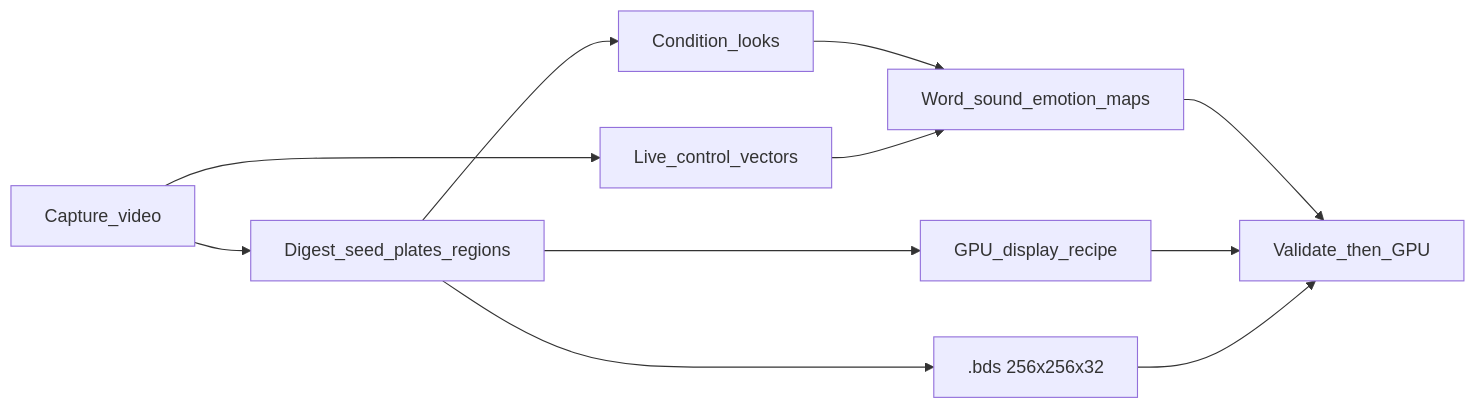
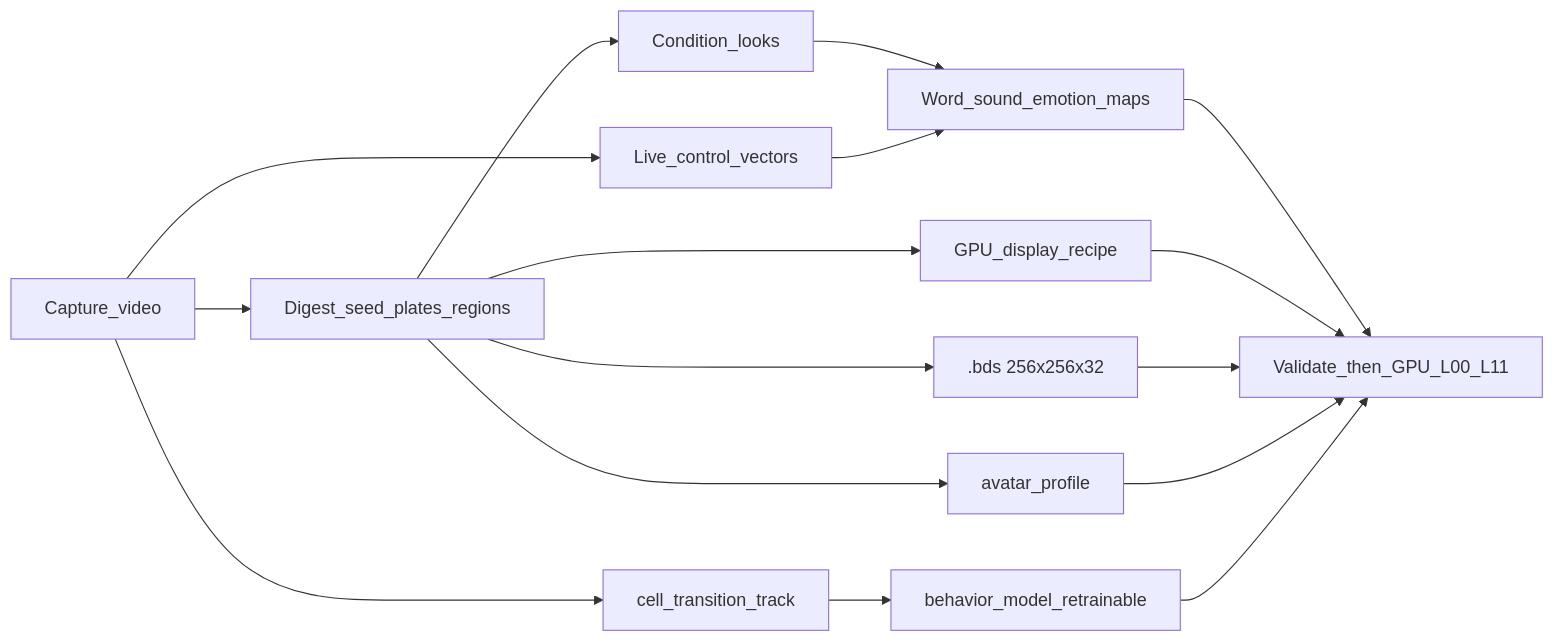
The diagram in docs/AMIN_DESIGN.md (insightitsGit/ChorusFace), drawn with Mermaid before and after one commit. The commit also changed other lines of this file and 6 other files, not shown here.

````diff
--- a/docs/AMIN_DESIGN.md
+++ b/docs/AMIN_DESIGN.md
@@ -23,13 +24,18 @@
 ```mermaid
 flowchart LR
   Video[Capture_video] --> Digest[Digest_seed_plates_regions]
   Digest --> BDS[".bds 256x256x32"]
   Digest --> Looks[Condition_looks]
   Digest --> Recipe[GPU_display_recipe]
+  Digest --> Profile[avatar_profile]
   Video --> Vectors[Live_control_vectors]
+  Video --> Track[cell_transition_track]
+  Track --> BehaviorML[behavior_model_retrainable]
   Looks --> Maps[Word_sound_emotion_maps]
   Vectors --> Maps
-  Maps --> Runtime[Validate_then_GPU]
+  Maps --> Runtime[Validate_then_GPU_L00_L11]
   Recipe --> Runtime
   BDS --> Runtime
+  Profile --> Runtime
+  BehaviorML --> Runtime
 ```
````
